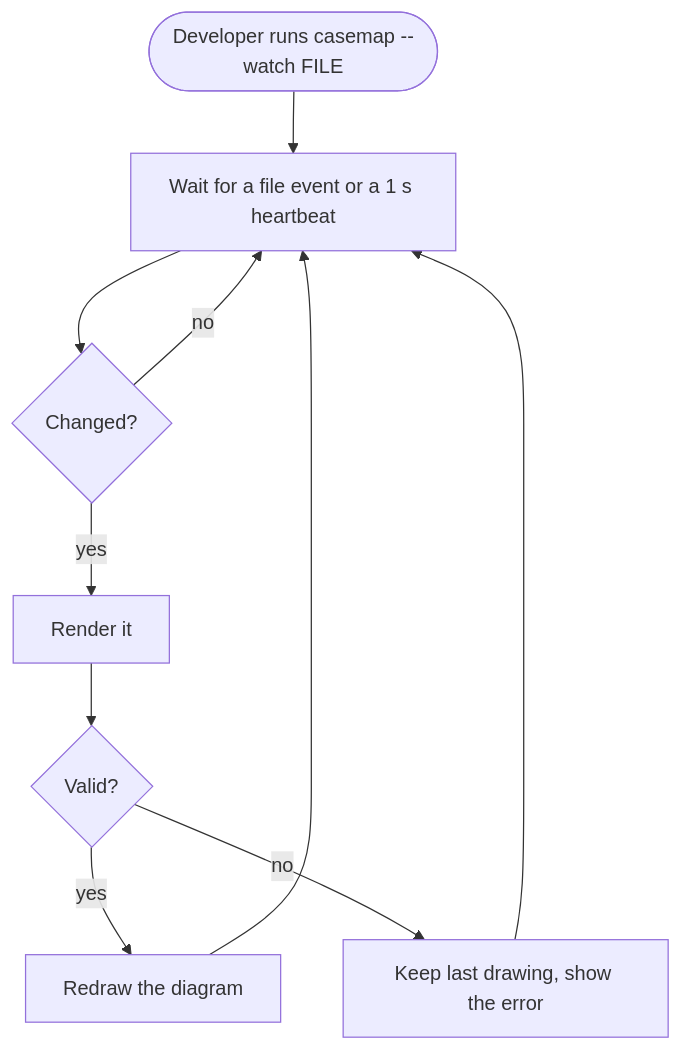
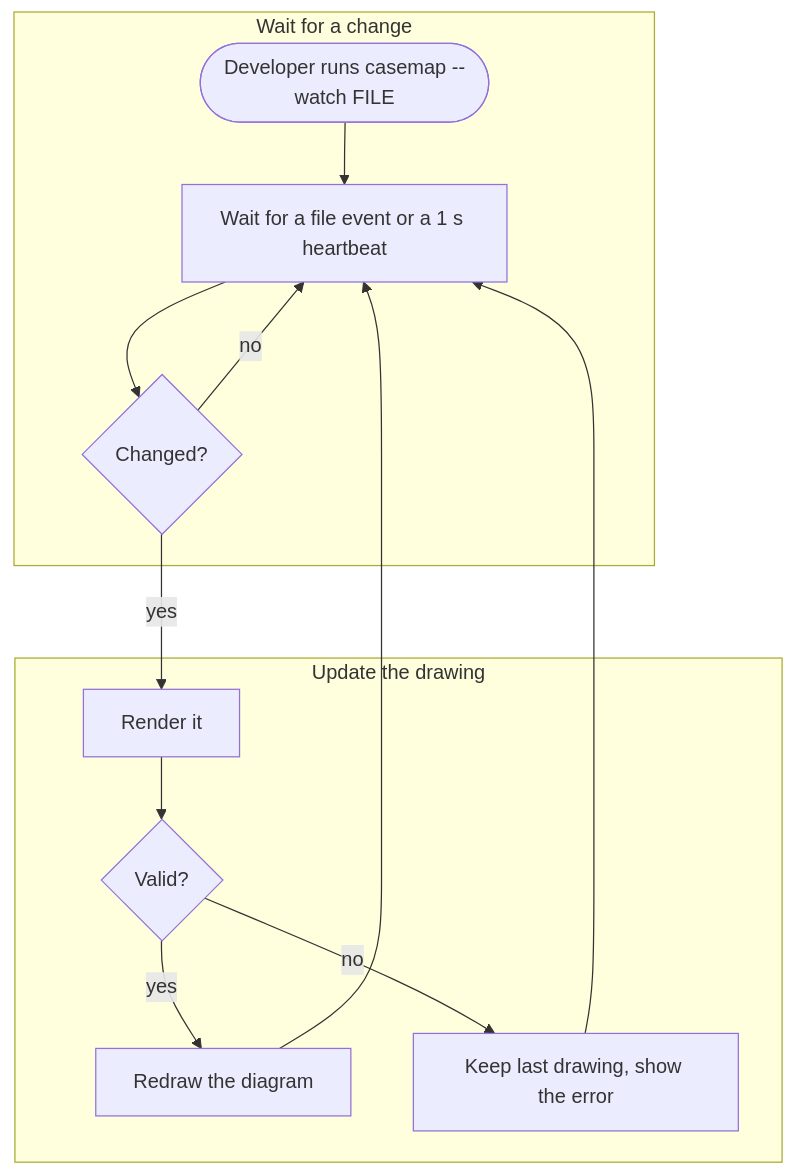
Before and after one commit to Ross-cripto/casemap: the diagram in docs/flows/watch-a-diagram.md, drawn with Mermaid. The commit also changed 178 other files, not shown here.

First line of the commit message:
feat!: draw use-case flows as images with sections, icons and jumps

````diff
--- a/docs/flows/watch-a-diagram.md
+++ b/docs/flows/watch-a-diagram.md
@@ -5,12 +5,20 @@
 ```mermaid
 flowchart TD
-    dev([Developer runs casemap --watch FILE]) --> poll[Wait for a file event or a 1 s heartbeat]
-    poll --> changed{Changed?}
-    changed -->|no| poll
-    changed -->|yes| render[Render it]
-    render --> ok{Valid?}
-    ok -->|yes| show[Redraw the diagram]
-    ok -->|no| keep[Keep last drawing, show the error]
+    subgraph waiting [Wait for a change]
+        dev([Developer runs casemap --watch FILE]) --> poll[Wait for a file event or a 1 s heartbeat]
+        poll --> changed{Changed?}
+        changed -->|no| poll
+    end
+    subgraph drawing [Update the drawing]
+        render[Render it] --> ok{Valid?}
+        ok -->|yes| show[Redraw the diagram]
+        ok -->|no| keep[Keep last drawing, show the error]
+    end
+    changed -->|yes| render
     show --> poll
     keep --> poll
+    %% @icon poll clock
+    %% @icon render image
+    %% @icon show refresh-cw
+    %% @icon keep triangle-alert
 ```
````
